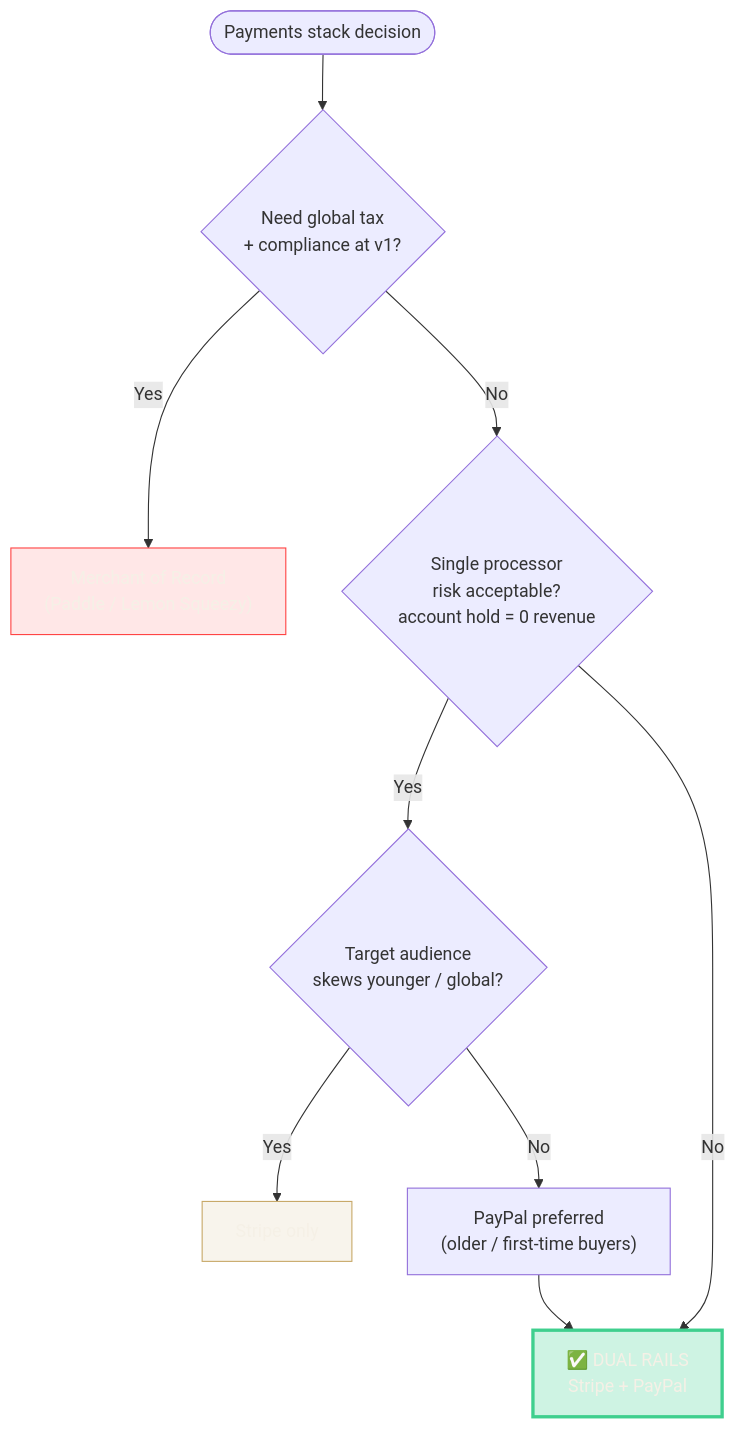
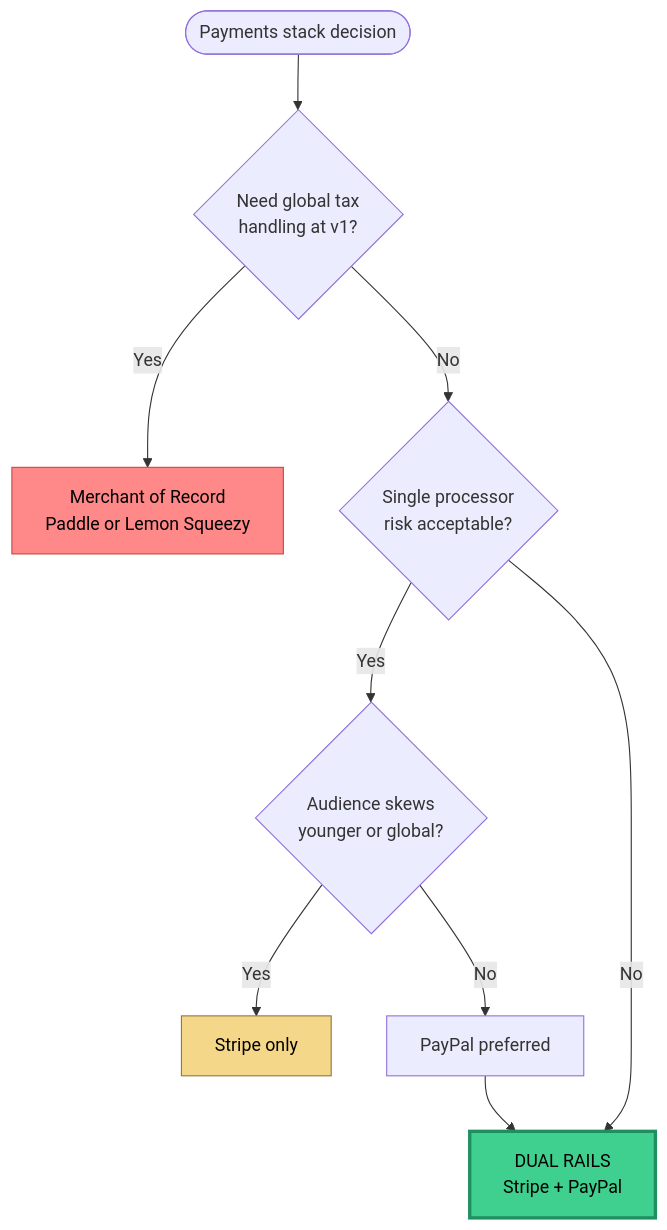
The diagram in rfcs/dual-payment-rails.md (omkarjaliparthi/tpm-portfolio), drawn with Mermaid before and after one commit. The commit also changed 1 other file, not shown here.

Commit message:
fix: simplify mermaid syntax for GitHub renderer compatibility

````diff
--- a/rfcs/dual-payment-rails.md
+++ b/rfcs/dual-payment-rails.md
@@ -80,15 +80,15 @@
 ```mermaid
 flowchart TD
-    Start([Payments stack decision]) --> Q1{Need global tax<br/>+ compliance at v1?}
-    Q1 -- Yes --> MoR["Merchant of Record<br/>(Paddle / Lemon Squeezy)"]
-    Q1 -- No --> Q2{Single processor<br/>risk acceptable?<br/>account hold = 0 revenue}
-    Q2 -- Yes --> Q3{Target audience<br/>skews younger / global?}
-    Q2 -- No --> Dual["✅ DUAL RAILS<br/>Stripe + PayPal"]
-    Q3 -- Yes --> StripeOnly["Stripe only"]
-    Q3 -- No --> PayPalPref["PayPal preferred<br/>(older / first-time buyers)"]
+    Start([Payments stack decision]) --> Q1{Need global tax<br>handling at v1?}
+    Q1 -- Yes --> MoR[Merchant of Record<br>Paddle or Lemon Squeezy]
+    Q1 -- No --> Q2{Single processor<br>risk acceptable?}
+    Q2 -- Yes --> Q3{Audience skews<br>younger or global?}
+    Q2 -- No --> Dual[DUAL RAILS<br>Stripe + PayPal]
+    Q3 -- Yes --> StripeOnly[Stripe only]
+    Q3 -- No --> PayPalPref[PayPal preferred]
     PayPalPref --> Dual
 
-    style Dual fill:#3FCF8E40,stroke:#3FCF8E,stroke-width:3px,color:#F5F0E6
-    style MoR fill:#FF444420,stroke:#FF4444,color:#F5F0E6
-    style StripeOnly fill:#C8A96920,stroke:#C8A969,color:#F5F0E6
+    style Dual fill:#3FCF8E,stroke:#1F8F5F,stroke-width:3px,color:#000
+    style MoR fill:#FF8888,stroke:#CC4444,color:#000
+    style StripeOnly fill:#F5D789,stroke:#8F7744,color:#000
 ```
````
